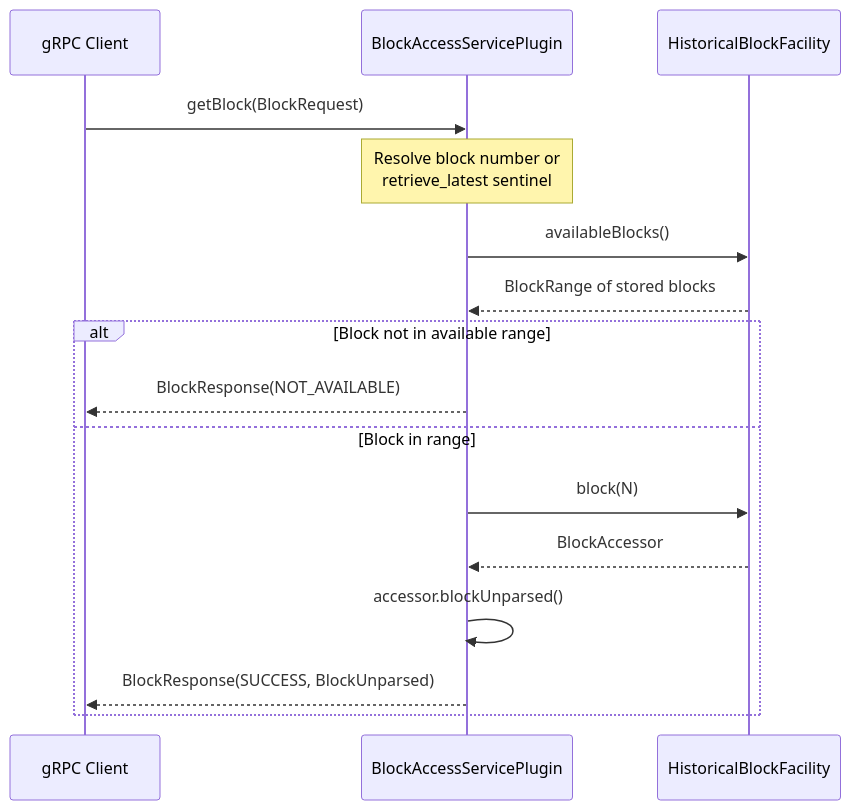
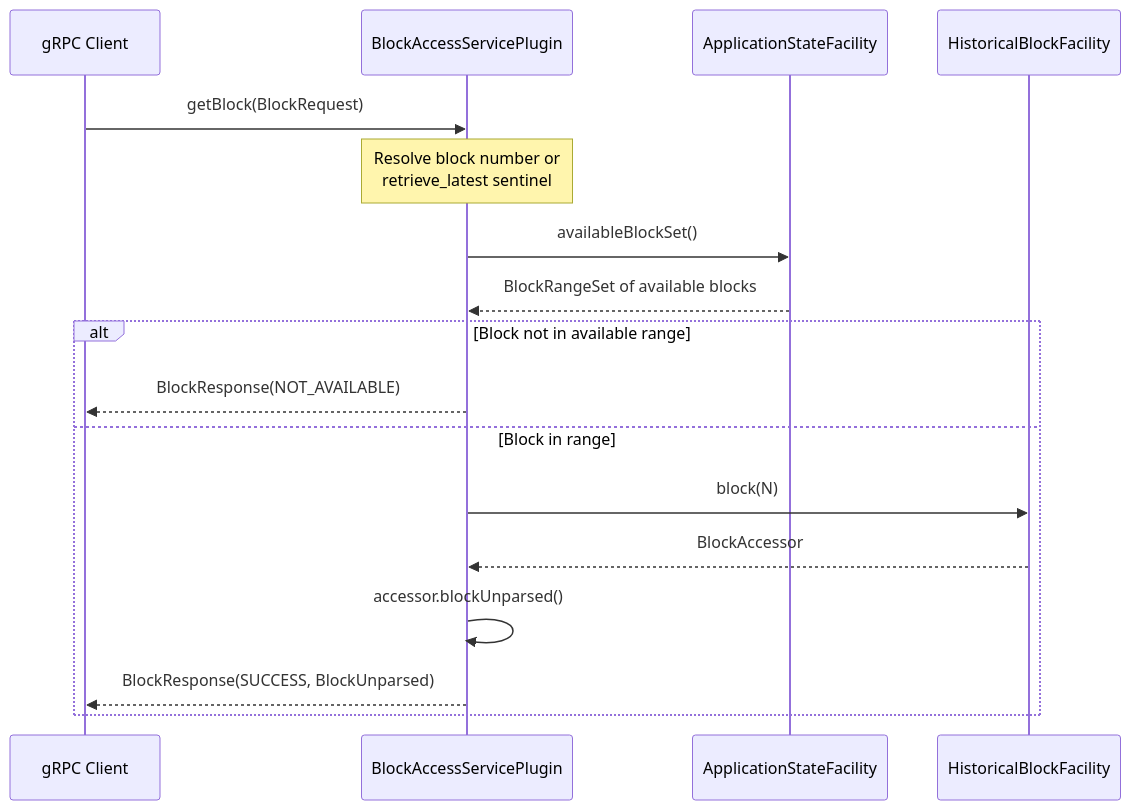
One commit to hiero-ledger/hiero-block-node changed the first of 3 diagrams in docs/block-node/architecture/data-flow.md. Above: the diagram before and after it, drawn with Mermaid. The commit also changed other lines of this file and 6 other files, not shown here.

````diff
--- a/docs/block-node/architecture/data-flow.md
+++ b/docs/block-node/architecture/data-flow.md
@@ -35,19 +35,20 @@
 ```mermaid
 sequenceDiagram
     participant Client as gRPC Client
     participant Plugin as BlockAccessServicePlugin
+    participant State as ApplicationStateFacility
     participant Facility as HistoricalBlockFacility
 
     Client->>Plugin: getBlock(BlockRequest)
     Note over Plugin: Resolve block number or<br/>retrieve_latest sentinel
-    Plugin->>Facility: availableBlocks()
-    Facility-->>Plugin: BlockRange of stored blocks
+    Plugin->>State: availableBlockSet()
+    State-->>Plugin: BlockRangeSet of available blocks
     alt Block not in available range
         Plugin-->>Client: BlockResponse(NOT_AVAILABLE)
     else Block in range
         Plugin->>Facility: block(N)
         Facility-->>Plugin: BlockAccessor
         Plugin->>Plugin: accessor.blockUnparsed()
         Plugin-->>Client: BlockResponse(SUCCESS, BlockUnparsed)
     end
 ```
````
